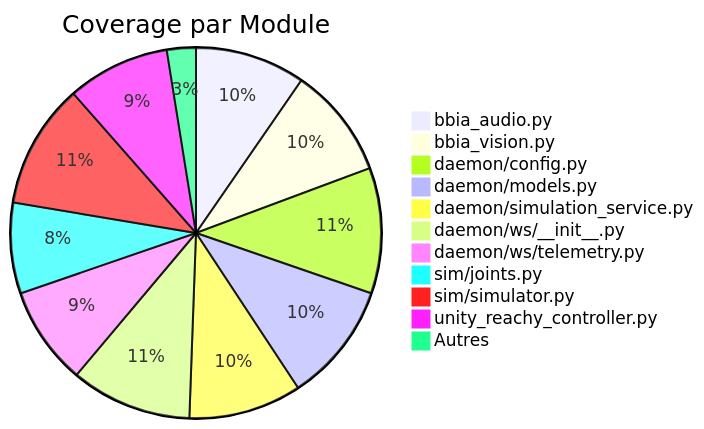
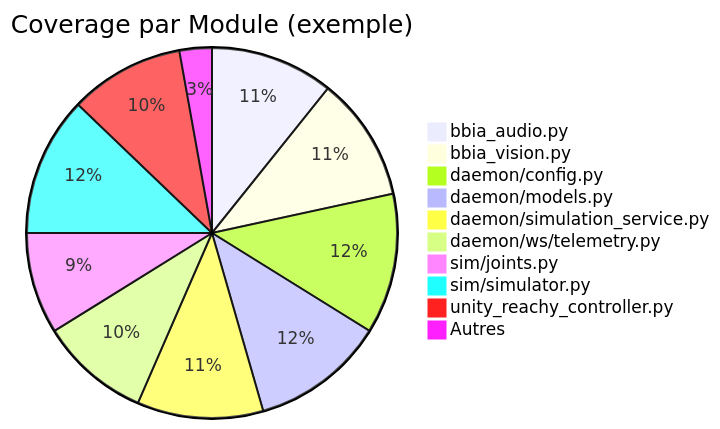
Before and after one commit to arkalia-luna-system/bbia-sim: the second of 3 diagrams in docs/guides_techniques/TESTING_GUIDE.md, drawn with Mermaid. The commit also changed other lines of this file, not shown here.

````diff
--- a/docs/guides_techniques/TESTING_GUIDE.md
+++ b/docs/guides_techniques/TESTING_GUIDE.md
@@ -58,14 +57,13 @@
 ```mermaid
-pie title Coverage par Module
+pie title Coverage par Module (exemple)
     "bbia_audio.py" : 87.76
     "bbia_vision.py" : 88.52
     "daemon/config.py" : 100
     "daemon/models.py" : 95.35
     "daemon/simulation_service.py" : 89.83
-    "daemon/ws/__init__.py" : 96.40
     "daemon/ws/telemetry.py" : 78.38
     "sim/joints.py" : 72.22
     "sim/simulator.py" : 99.29
     "unity_reachy_controller.py" : 81.68
     "Autres" : 23.07
 ```
````
